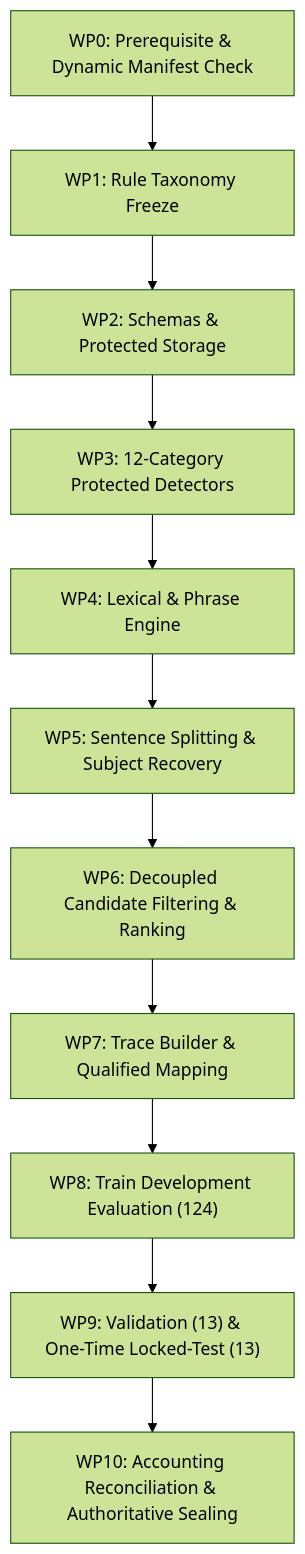
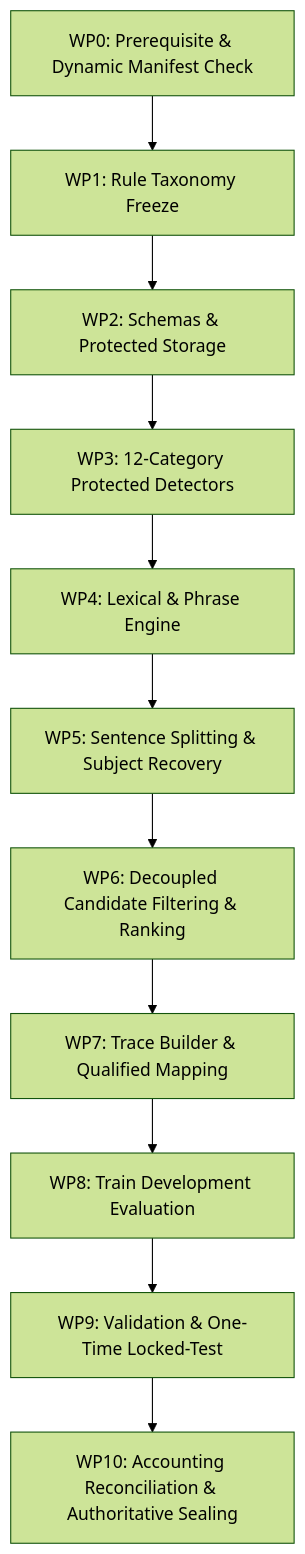
One commit to LasinduDeshan/Language_Simplification_MVP changed the second of 2 diagrams in docs/stage33_implementation_plan.md. Above: the diagram before and after it, drawn with Mermaid (forest theme). The commit also changed other lines of this file and 3 other files, not shown here.

````diff
--- a/docs/stage33_implementation_plan.md
+++ b/docs/stage33_implementation_plan.md
@@ -370,13 +313,13 @@
 ```mermaid
 flowchart TD
     WP0["WP0: Prerequisite & Dynamic Manifest Check"] --> WP1["WP1: Rule Taxonomy Freeze"]
     WP1 --> WP2["WP2: Schemas & Protected Storage"]
     WP2 --> WP3["WP3: 12-Category Protected Detectors"]
     WP3 --> WP4["WP4: Lexical & Phrase Engine"]
     WP4 --> WP5["WP5: Sentence Splitting & Subject Recovery"]
     WP5 --> WP6["WP6: Decoupled Candidate Filtering & Ranking"]
     WP6 --> WP7["WP7: Trace Builder & Qualified Mapping"]
-    WP7 --> WP8["WP8: Train Development Evaluation (124)"]
-    WP8 --> WP9["WP9: Validation (13) & One-Time Locked-Test (13)"]
+    WP7 --> WP8["WP8: Train Development Evaluation"]
+    WP8 --> WP9["WP9: Validation & One-Time Locked-Test"]
     WP9 --> WP10["WP10: Accounting Reconciliation & Authoritative Sealing"]
 ```
````
